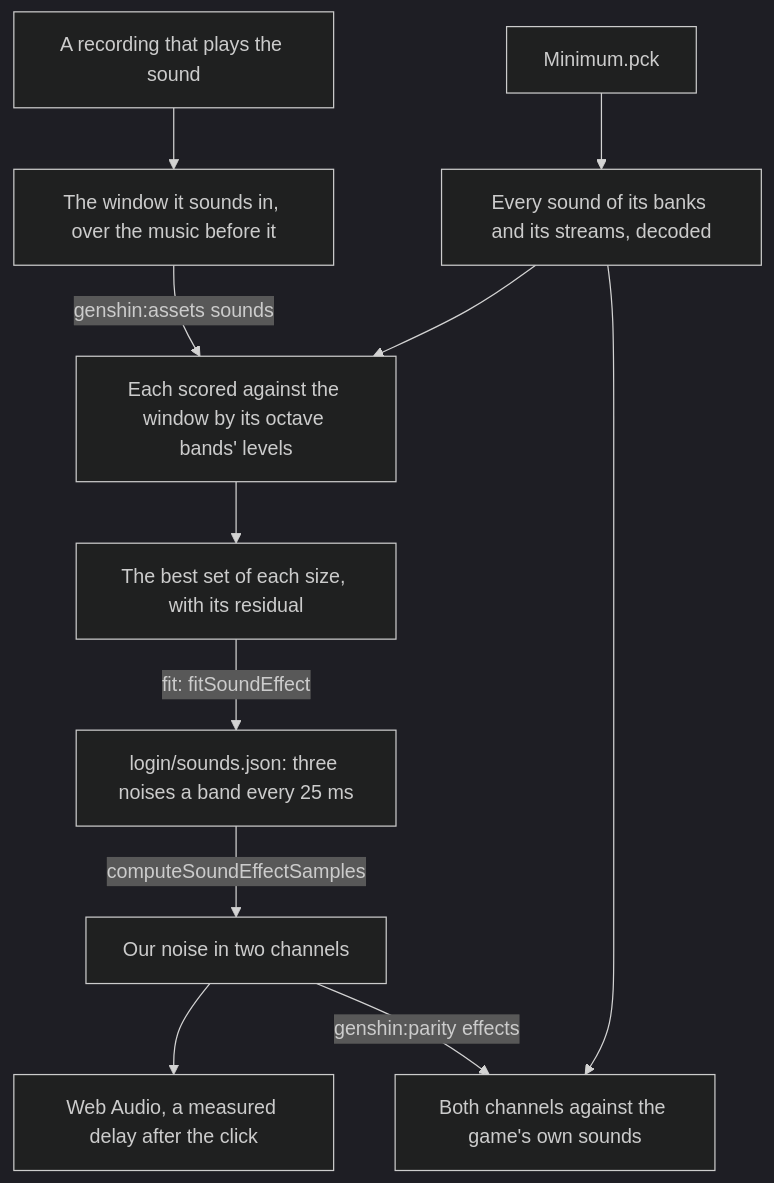
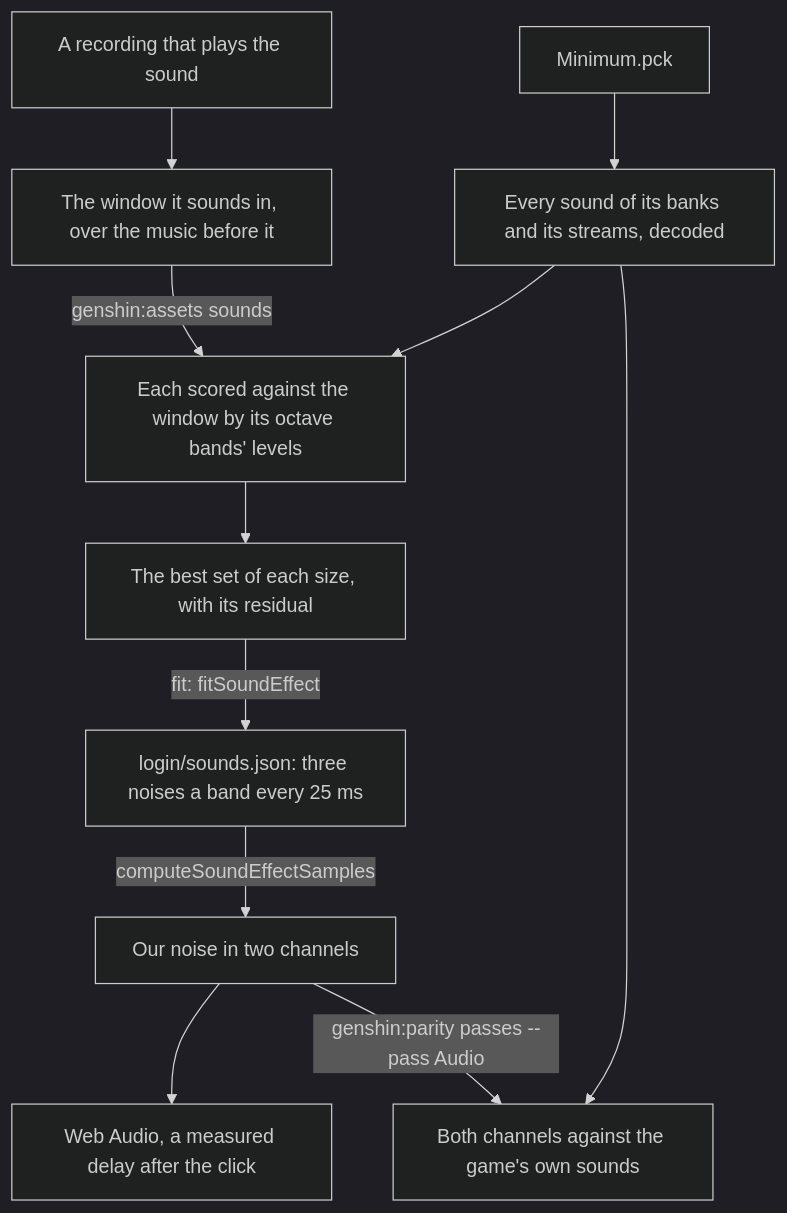
The diagram in apps/web/content/docs/genshin/sound-effects.md (Esposter/Esposter), drawn with Mermaid (dark theme) before and after one commit. The commit also changed other lines of this file and 11 other files, not shown here.

Commit message:
feat(scripts): the audio pass scores each sound effect against the game's, gated at a second take of its own noise, and replaces the effects command

````diff
--- a/apps/web/content/docs/genshin/sound-effects.md
+++ b/apps/web/content/docs/genshin/sound-effects.md
@@ -12,13 +12,13 @@
 ```mermaid
 flowchart TD
   R["A recording that plays the sound"] --> W["The window it sounds in, over the music before it"]
   P["Minimum.pck"] --> D["Every sound of its banks and its streams, decoded"]
   D --> M["Each scored against the window by its octave bands' levels"]
   W -->|"genshin:assets sounds"| M
   M --> S["The best set of each size, with its residual"]
   S -->|"fit: fitSoundEffect"| L["login/sounds.json: three noises a band every 25 ms"]
   L -->|"computeSoundEffectSamples"| N["Our noise in two channels"]
   N --> A["Web Audio, a measured delay after the click"]
-  N -->|"genshin:parity effects"| G["Both channels against the game's own sounds"]
+  N -->|"genshin:parity passes --pass Audio"| G["Both channels against the game's own sounds"]
   D --> G
 ```
````
